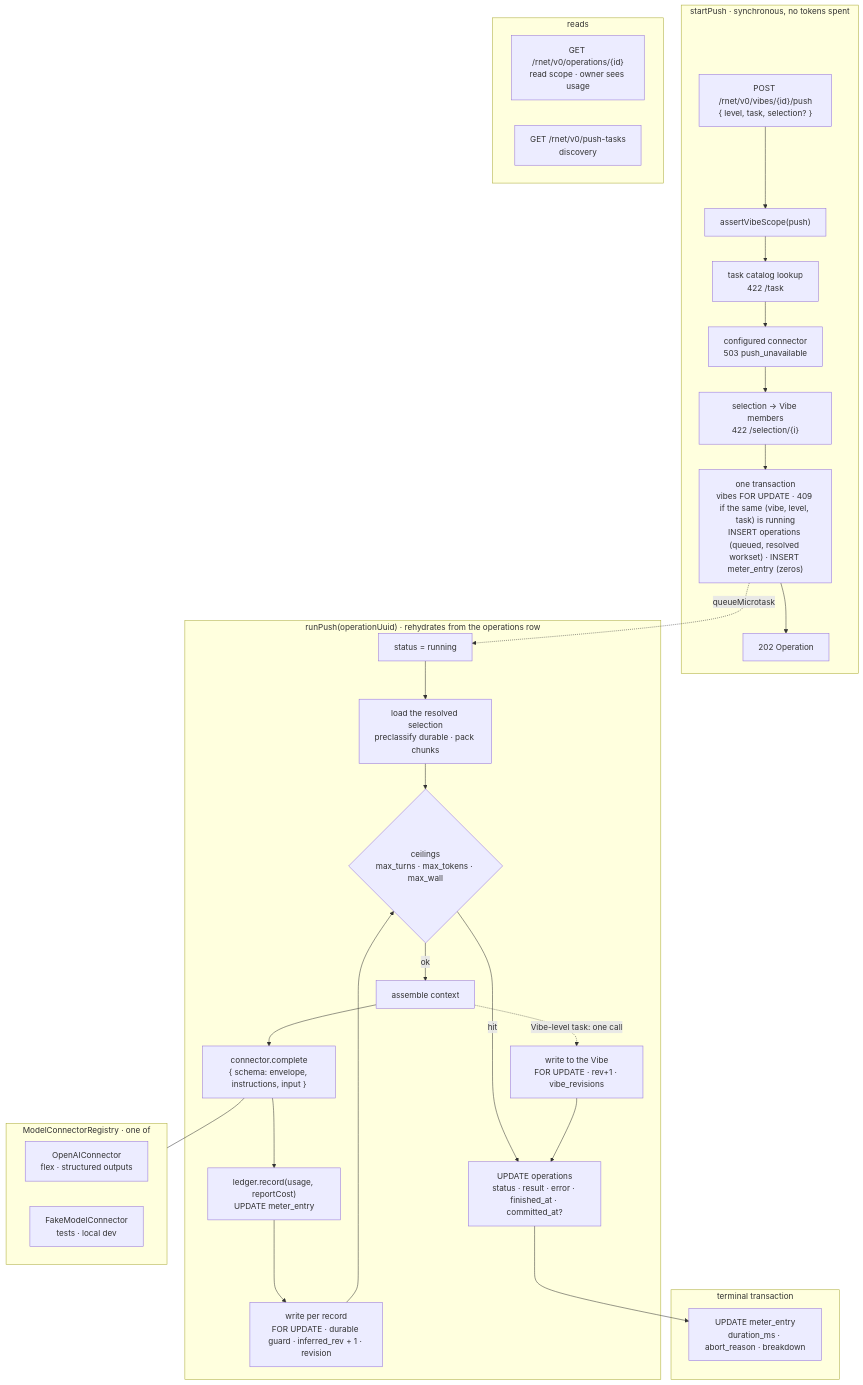
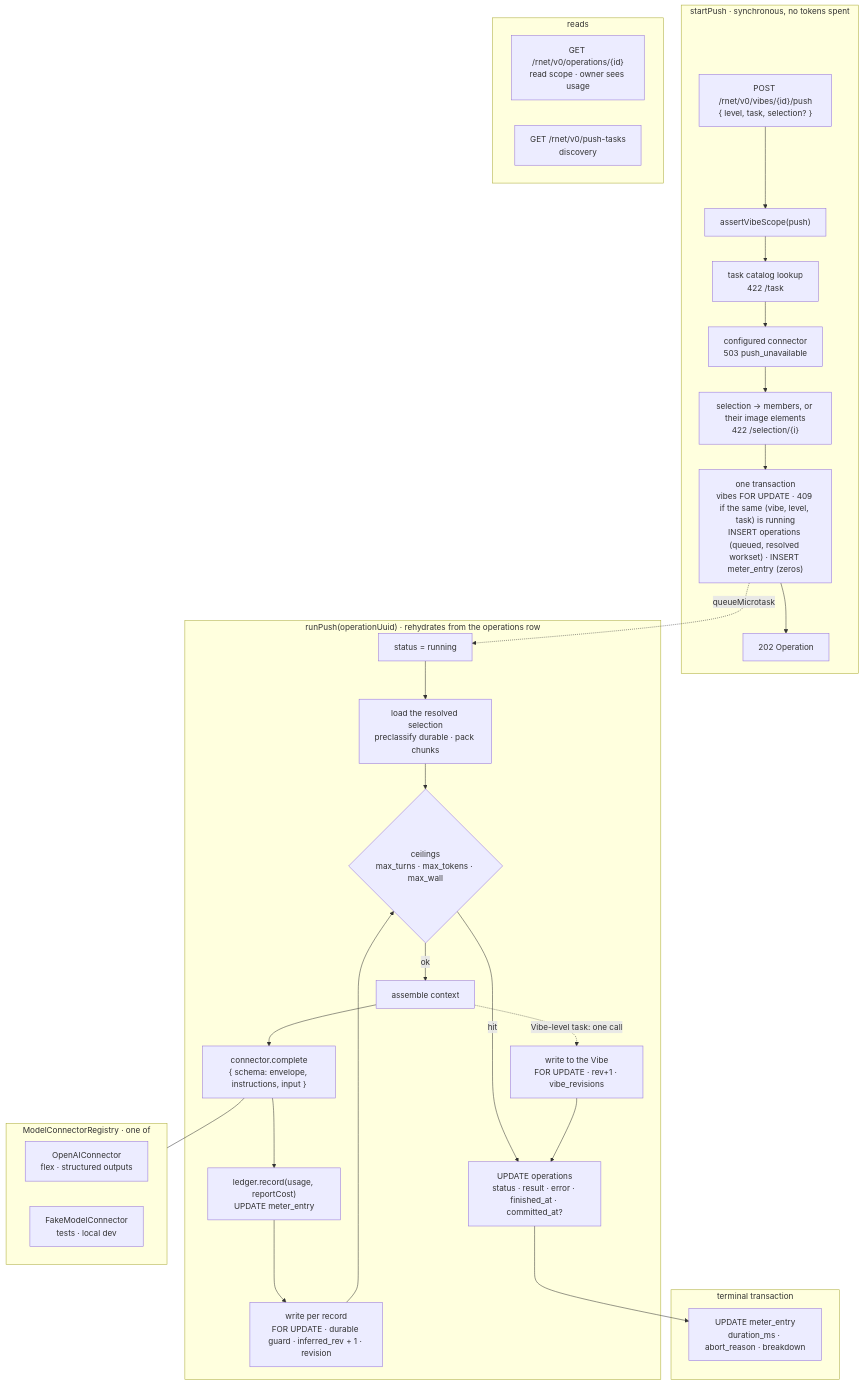
The diagram in impl/concepts/push-pipeline.md (2DM-technologies/rhizome), drawn with Mermaid before and after one commit. The commit also changed other lines of this file, not shown here.

First line of the commit message:
docs(impl): selection lists records at the task's level

````diff
--- a/impl/concepts/push-pipeline.md
+++ b/impl/concepts/push-pipeline.md
@@ -53,41 +53,41 @@
 ```mermaid
 flowchart TD
   subgraph accept["startPush · synchronous, no tokens spent"]
     A1["POST /rnet/v0/vibes/{id}/push<br/>{ level, task, selection? }"] --> A2["assertVibeScope(push)"]
     A2 --> A3["task catalog lookup<br/>422 /task"]
     A3 --> A4["configured connector<br/>503 push_unavailable"]
-    A4 --> A6["selection → Vibe members<br/>422 /selection/{i}"]
+    A4 --> A6["selection → members, or their image elements<br/>422 /selection/{i}"]
     A6 --> A7["one transaction<br/>vibes FOR UPDATE · 409 if the same (vibe, level, task) is running<br/>INSERT operations (queued, resolved workset) · INSERT meter_entry (zeros)"]
     A7 --> A8["202 Operation"]
   end
 
   A7 -. queueMicrotask .-> R1
 
   subgraph run["runPush(operationUuid) · rehydrates from the operations row"]
     R1["status = running"] --> R2["load the resolved selection<br/>preclassify durable · pack chunks"]
     R2 --> R3{"ceilings<br/>max_turns · max_tokens · max_wall"}
     R3 -- hit --> F1
     R3 -- ok --> R4["assemble context"]
     R4 --> R5["connector.complete<br/>{ schema: envelope, instructions, input }"]
     R5 --> R6["ledger.record(usage, reportCost)<br/>UPDATE meter_entry"]
     R6 --> R7["write per record<br/>FOR UPDATE · durable guard · inferred_rev + 1 · revision"]
     R7 --> R3
     R4 -. Vibe-level task: one call .-> R8["write to the Vibe<br/>FOR UPDATE · rev+1 · vibe_revisions"]
     R8 --> F1
   end
 
   subgraph finalize["terminal transaction"]
     F1["UPDATE operations<br/>status · result · error · finished_at · committed_at?"] --> F2["UPDATE meter_entry<br/>duration_ms · abort_reason · breakdown"]
   end
 
   subgraph read["reads"]
     G1["GET /rnet/v0/operations/{id}<br/>read scope · owner sees usage"]
     G2["GET /rnet/v0/push-tasks<br/>discovery"]
   end
 
   subgraph connectors["ModelConnectorRegistry · one of"]
     C1["OpenAIConnector<br/>flex · structured outputs"]
     C2["FakeModelConnector<br/>tests · local dev"]
   end
   R5 --- connectors
 ```
````
